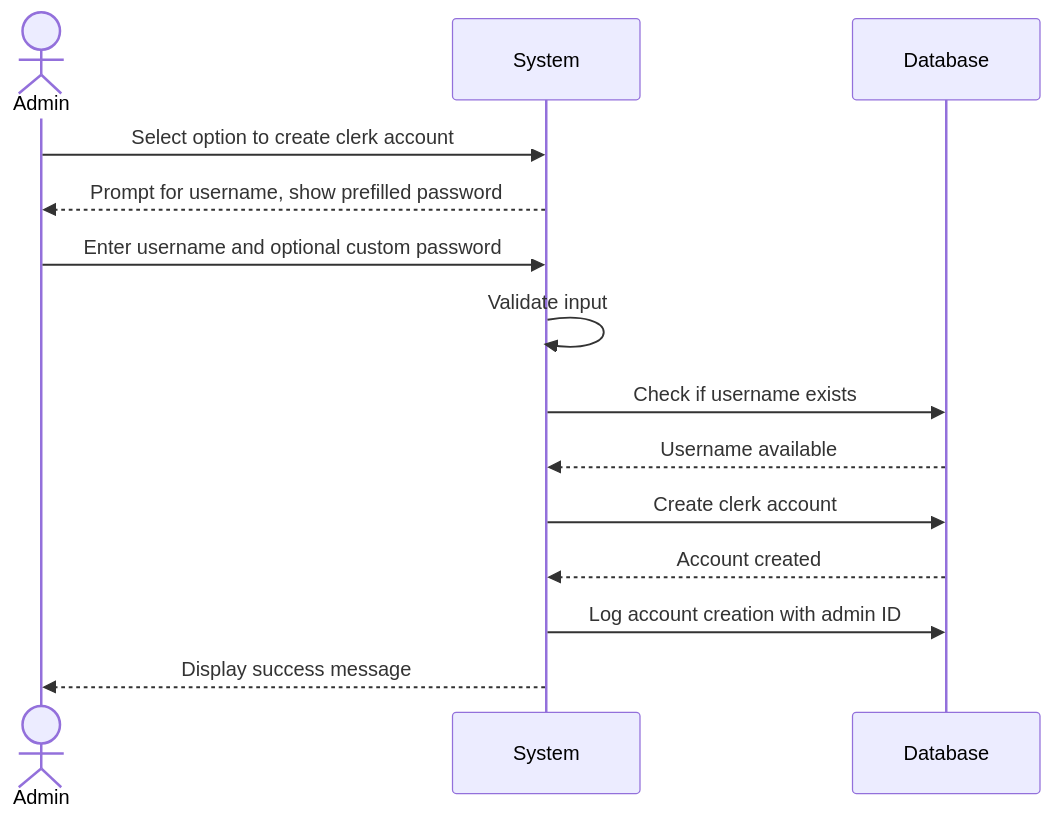
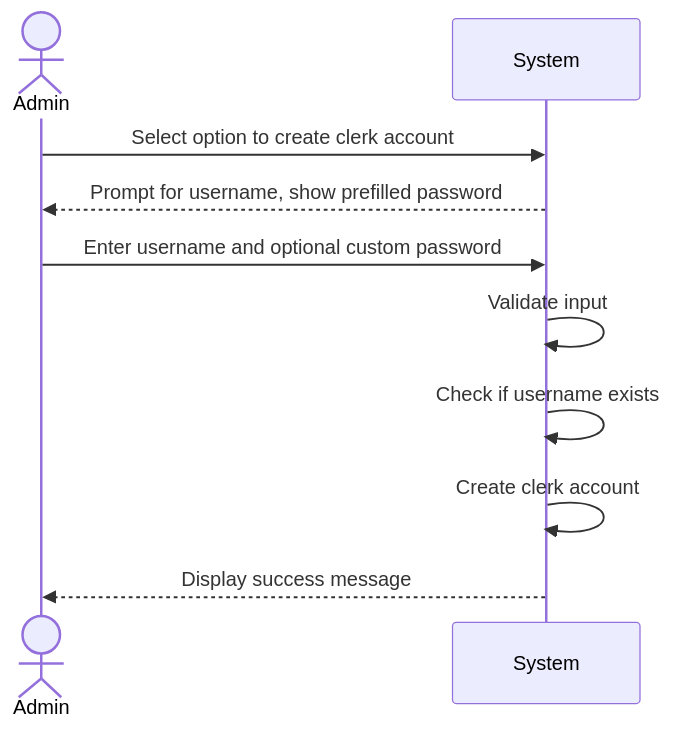
Before and after one commit to JaceYar/Software1-Proj: the diagram in Documentation/User-Cases/CreateHotelClerkAccount.md, drawn with Mermaid. The commit also changed 11 other files, not shown here.

Commit message:
fix the diagrams

````diff
--- a/Documentation/User-Cases/CreateHotelClerkAccount.md
+++ b/Documentation/User-Cases/CreateHotelClerkAccount.md
@@ -11,17 +11,13 @@
 ```mermaid
 sequenceDiagram
     actor Admin
     participant System
-    participant Database
 
     Admin->>System: Select option to create clerk account
     System-->>Admin: Prompt for username, show prefilled password
     Admin->>System: Enter username and optional custom password
     System->>System: Validate input
-    System->>Database: Check if username exists
-    Database-->>System: Username available
-    System->>Database: Create clerk account
-    Database-->>System: Account created
-    System->>Database: Log account creation with admin ID
+    System->>System: Check if username exists
+    System->>System: Create clerk account
     System-->>Admin: Display success message
 ```
````
